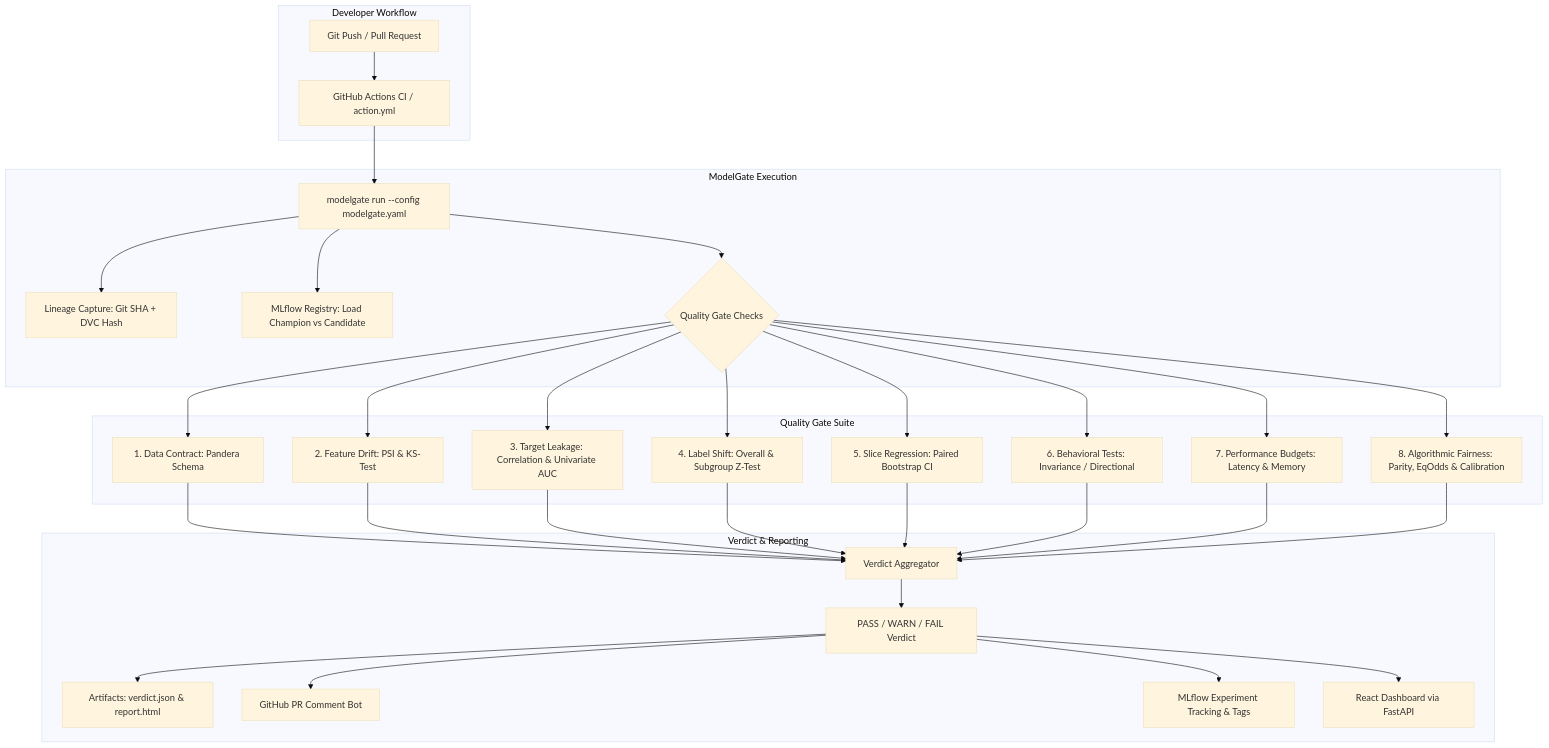
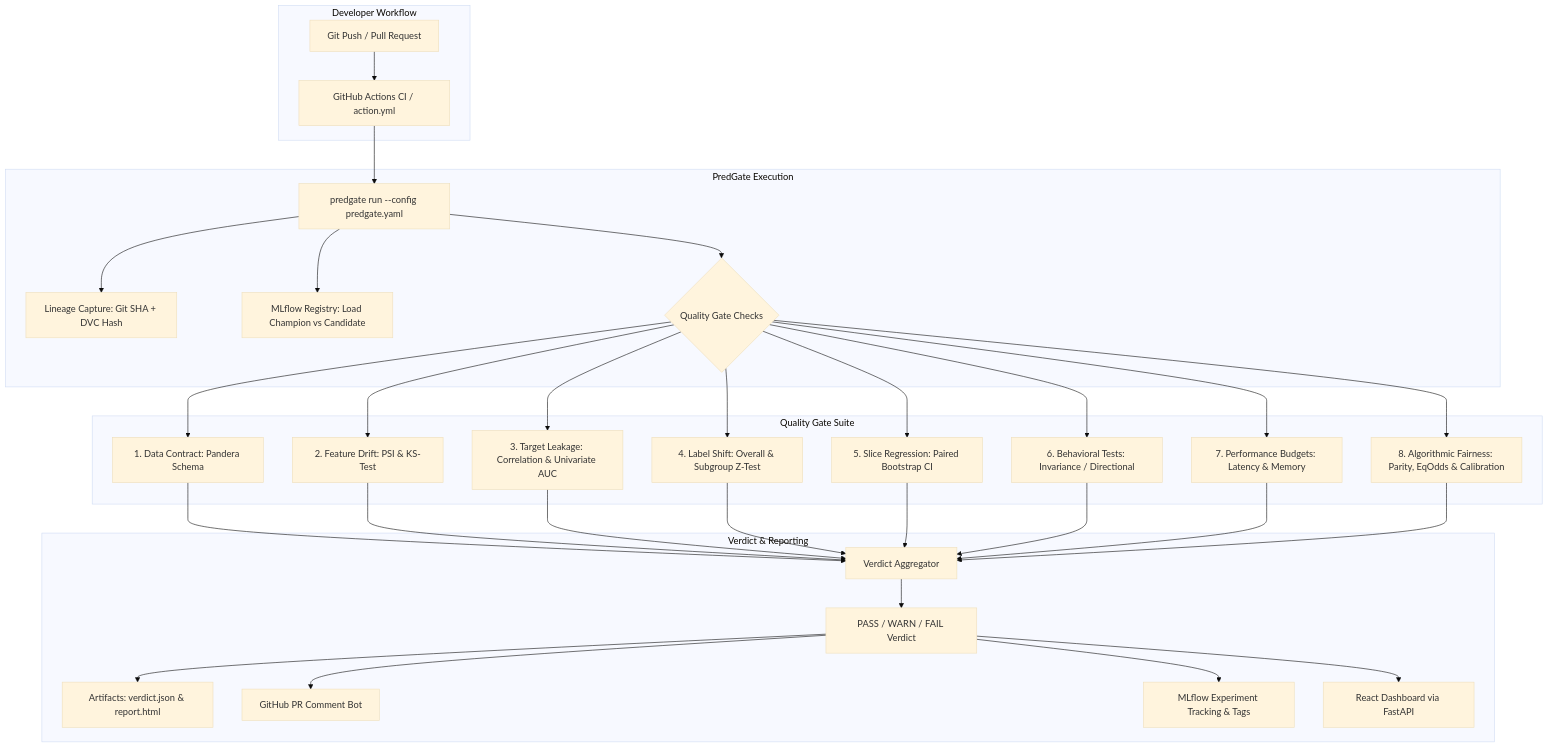
Before and after one commit to taqi-stark/predgate: the diagram in README.md, drawn with Mermaid (base theme). The commit also changed other lines of this file and 94 other files, not shown here.

Commit message:
refactor: rename project from ModelGate to PredGate (predgate) with MIGRATION.md

````diff
--- a/README.md
+++ b/README.md
@@ -70,33 +72,33 @@
 ```mermaid
 flowchart TD
     subgraph Developer Workflow
         A[Git Push / Pull Request] --> B[GitHub Actions CI / action.yml]
     end
 
-    subgraph ModelGate Execution
-        B --> C[modelgate run --config modelgate.yaml]
+    subgraph PredGate Execution
+        B --> C[predgate run --config predgate.yaml]
         C --> D[Lineage Capture: Git SHA + DVC Hash]
         C --> E[MLflow Registry: Load Champion vs Candidate]
         C --> F{Quality Gate Checks}
     end
 
     subgraph Quality Gate Suite
         F --> G1[1. Data Contract: Pandera Schema]
         F --> G2[2. Feature Drift: PSI & KS-Test]
         F --> G3[3. Target Leakage: Correlation & Univariate AUC]
         F --> G4[4. Label Shift: Overall & Subgroup Z-Test]
         F --> G5[5. Slice Regression: Paired Bootstrap CI]
         F --> G6[6. Behavioral Tests: Invariance / Directional]
         F --> G7[7. Performance Budgets: Latency & Memory]
         F --> G8[8. Algorithmic Fairness: Parity, EqOdds & Calibration]
     end
 
     subgraph Verdict & Reporting
         G1 & G2 & G3 & G4 & G5 & G6 & G7 & G8 --> H[Verdict Aggregator]
         H --> I[PASS / WARN / FAIL Verdict]
         I --> J[Artifacts: verdict.json & report.html]
         I --> K[GitHub PR Comment Bot]
         I --> L[MLflow Experiment Tracking & Tags]
         I --> M[React Dashboard via FastAPI]
     end
 ```
````
